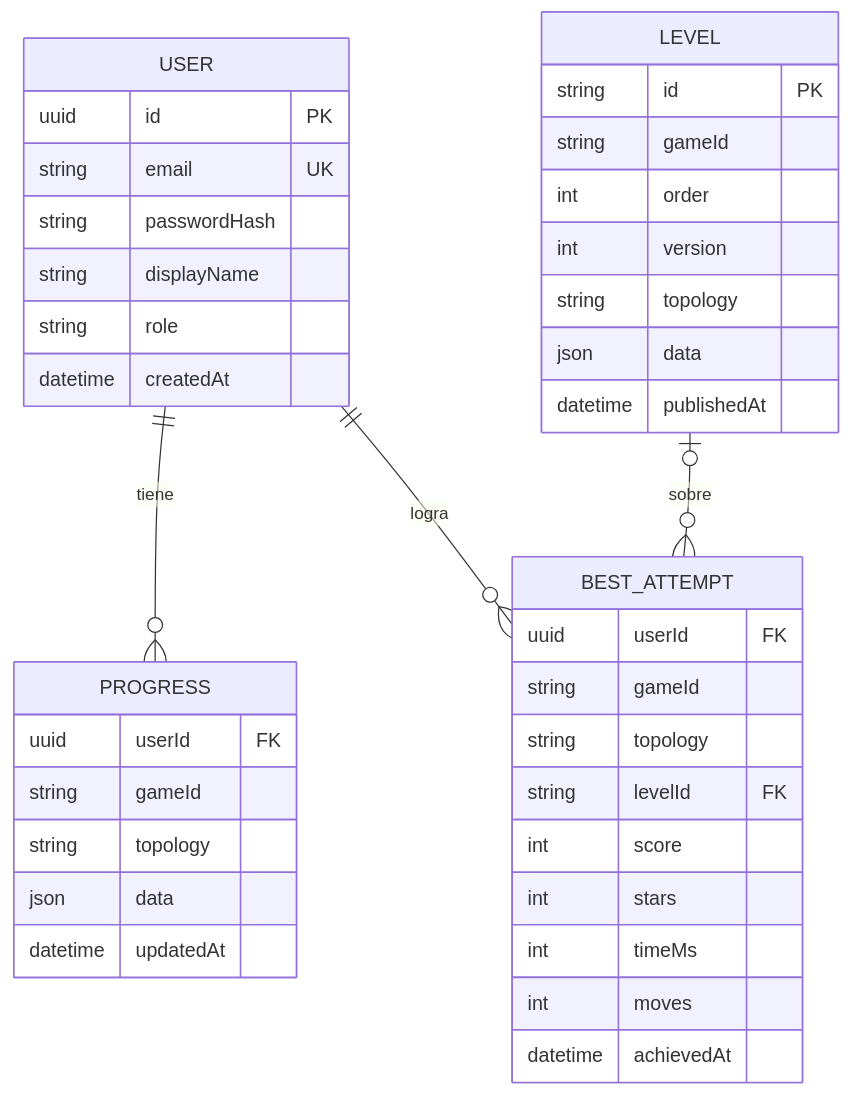
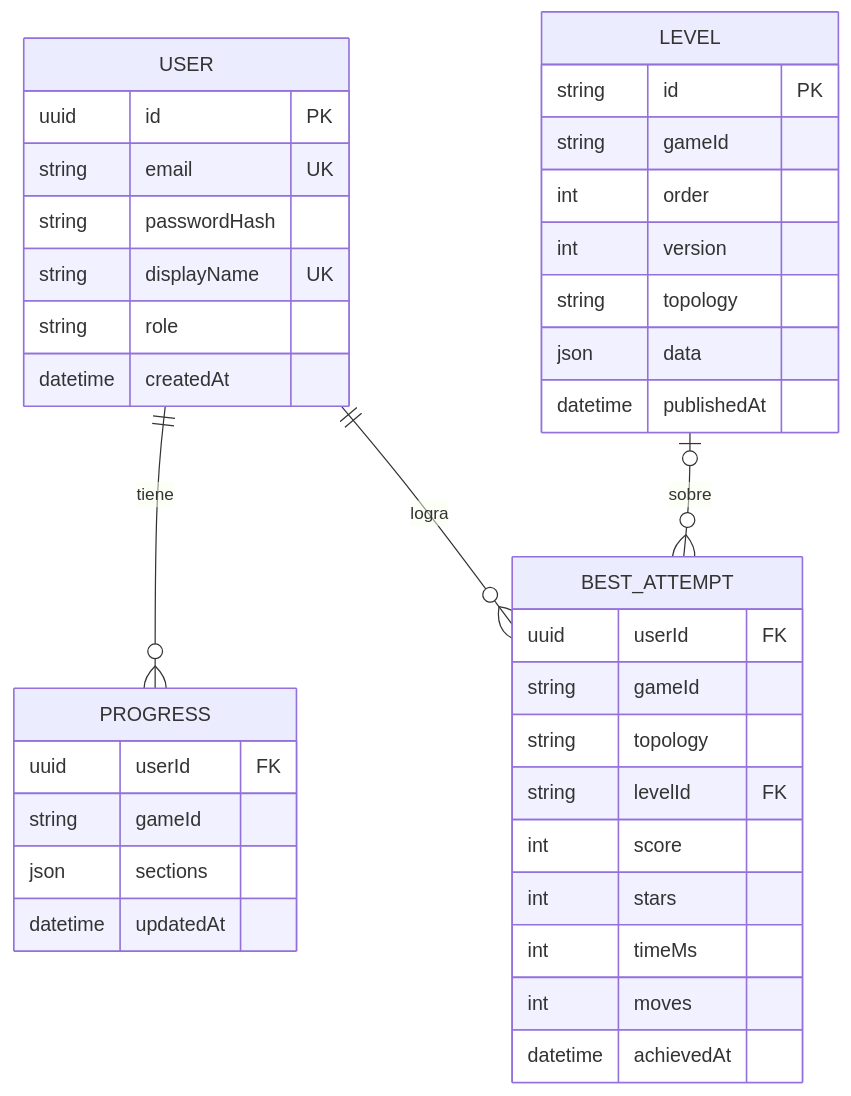
One commit to DanielHaro28/hexablock-api changed the fourth of 4 diagrams in docs/architecture/ARQ-01-API-GENERAL.md. Above: the diagram before and after it, drawn with Mermaid. The commit also changed other lines of this file and 11 other files, not shown here.

````diff
--- a/docs/architecture/ARQ-01-API-GENERAL.md
+++ b/docs/architecture/ARQ-01-API-GENERAL.md
@@ -154,41 +154,40 @@
 ```mermaid
 erDiagram
     USER ||--o{ PROGRESS : tiene
     USER ||--o{ BEST_ATTEMPT : logra
     LEVEL |o--o{ BEST_ATTEMPT : sobre
     USER {
         uuid id PK
         string email UK
         string passwordHash
-        string displayName
+        string displayName UK
         string role
         datetime createdAt
     }
     PROGRESS {
         uuid userId FK
         string gameId
-        string topology
-        json data
+        json sections
         datetime updatedAt
     }
     BEST_ATTEMPT {
         uuid userId FK
         string gameId
         string topology
         string levelId FK
         int score
         int stars
         int timeMs
         int moves
         datetime achievedAt
     }
     LEVEL {
         string id PK
         string gameId
         int order
         int version
         string topology
         json data
         datetime publishedAt
     }
 ```
````
